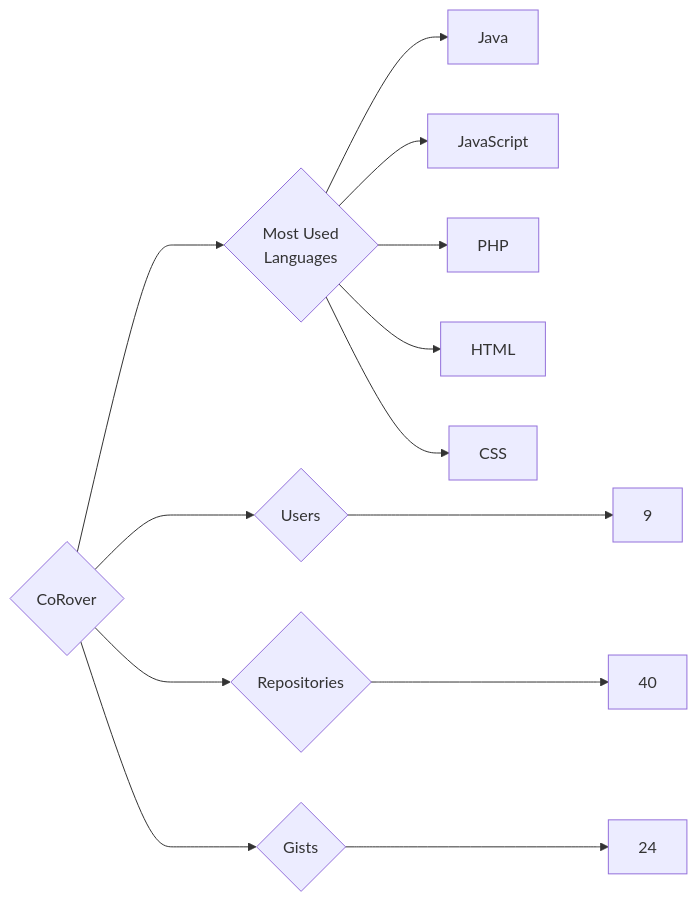
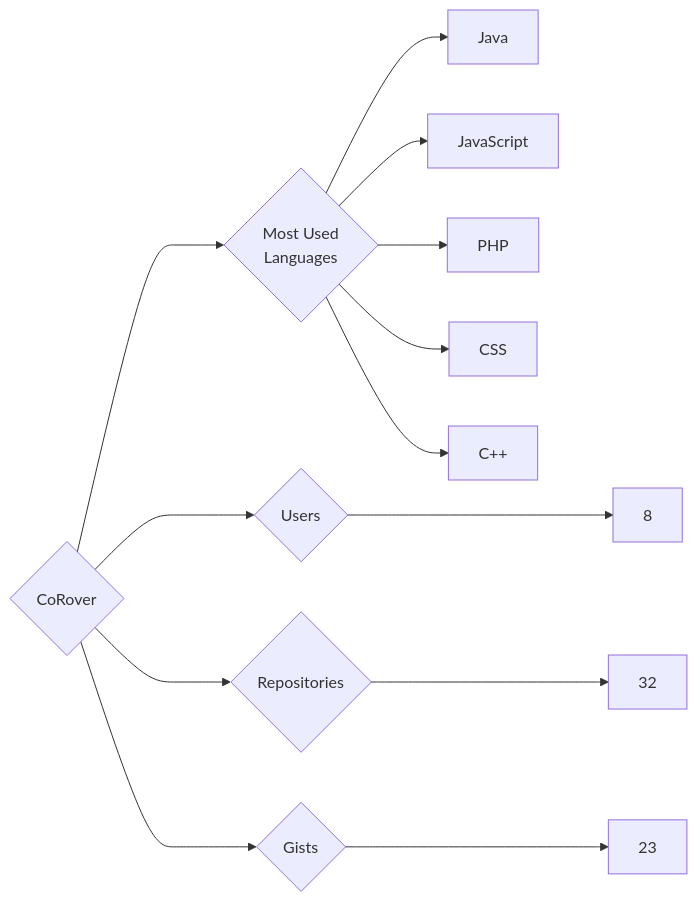
One commit to trickest/insiders changed the diagram in targets/CoRover/README.md. Above: the diagram before and after it, drawn with Mermaid. The commit also changed 880 other files, not shown here.

````diff
--- a/targets/CoRover/README.md
+++ b/targets/CoRover/README.md
@@ -3,13 +3,13 @@
 ```mermaid
 graph LR
 COMPANY_NAME{CoRover}
-COMPANY_NAME ---> U{Users} ---> UN[9]
-COMPANY_NAME ---> R{Repositories} ---> RN[40]
-COMPANY_NAME ---> G{Gists} ---> GN[24]
+COMPANY_NAME ---> U{Users} ---> UN[8]
+COMPANY_NAME ---> R{Repositories} ---> RN[32]
+COMPANY_NAME ---> G{Gists} ---> GN[23]
 COMPANY_NAME ---> ML{Most Used<br>Languages}
 ML --> Java[Java]
 ML --> JavaScript[JavaScript]
 ML --> PHP[PHP]
-ML --> HTML[HTML]
 ML --> CSS[CSS]
+ML --> C++[C++]
 ```
````
